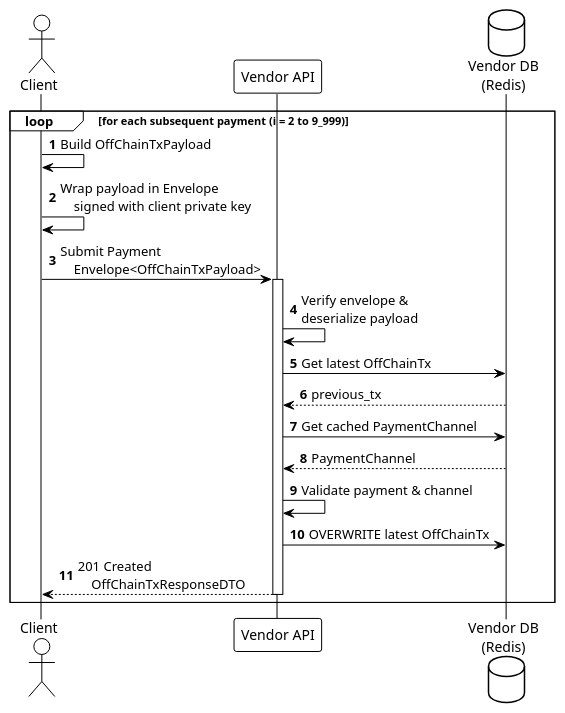
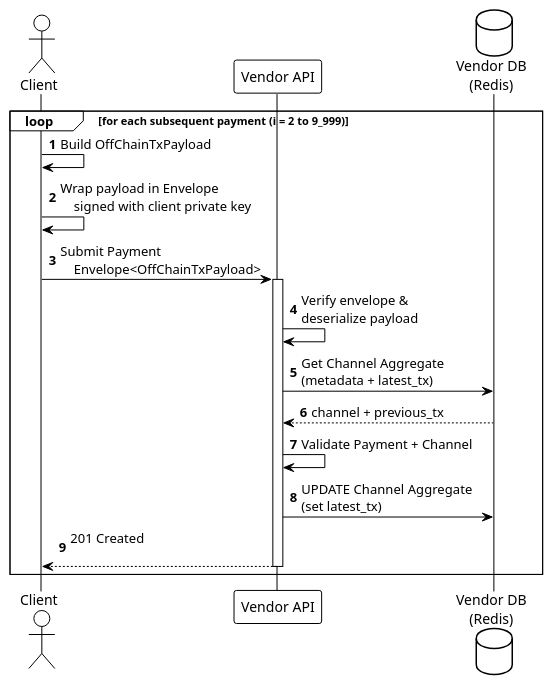
The diagram in umls/phase2b-subsequent-payments.puml (otaviootavio/nanomoni), drawn with PlantUML before and after one commit. The commit also changed 23 other files, not shown here.

```diff
--- a/umls/phase2b-subsequent-payments.puml
+++ b/umls/phase2b-subsequent-payments.puml
@@ -1,35 +1,32 @@
 @startuml Phase2b_Subsequent_Payments
 
 !theme plain
 autonumber
 
 actor "Client" as Client
 participant "Vendor API" as Vendor
 database "Vendor DB\n(Redis)" as VendorDB
 
 loop for each subsequent payment (i = 2 to 9_999)
 
     Client -> Client: Build OffChainTxPayload
     Client -> Client: Wrap payload in Envelope\n    signed with client private key
 
     Client -> Vendor: Submit Payment\n    Envelope<OffChainTxPayload>
     activate Vendor
 
     Vendor -> Vendor: Verify envelope &\ndeserialize payload
 
-    Vendor -> VendorDB: Get latest OffChainTx
-    VendorDB --> Vendor: previous_tx
+    Vendor -> VendorDB: Get Channel Aggregate\n(metadata + latest_tx)
+    VendorDB --> Vendor: channel + previous_tx
 
-    Vendor -> VendorDB: Get cached PaymentChannel
-    VendorDB --> Vendor: PaymentChannel
+    Vendor -> Vendor: Validate Payment + Channel
 
-    Vendor -> Vendor: Validate payment & channel
-
-    Vendor -> VendorDB: OVERWRITE latest OffChainTx
+    Vendor -> VendorDB: UPDATE Channel Aggregate\n(set latest_tx)
     
-    Vendor --> Client: 201 Created\n    OffChainTxResponseDTO
+    Vendor --> Client: 201 Created\n
     deactivate Vendor
 
 end
 
 @enduml
```
